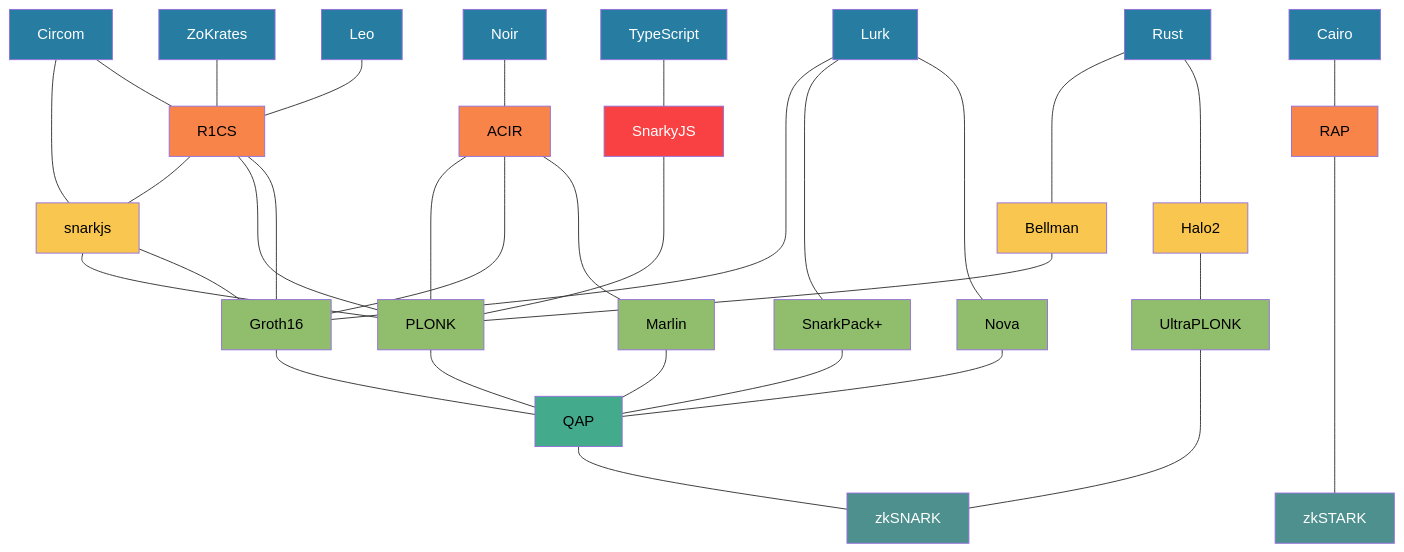
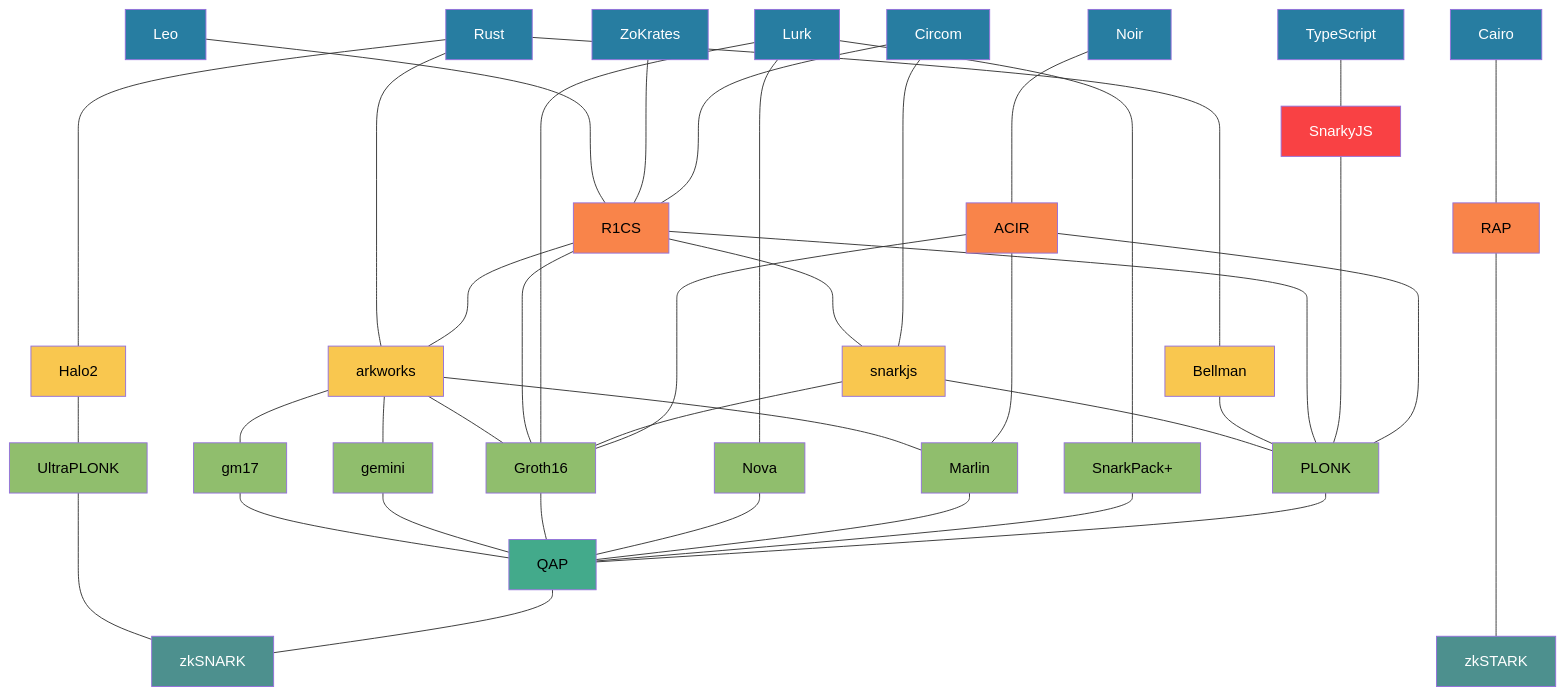
The first of 2 diagrams in README.md (alxkzmn/zk-atlas), drawn with Mermaid before and after one commit.

Commit message:
Add arkworks

````diff
--- a/README.md
+++ b/README.md
@@ -5,36 +5,44 @@
 ```mermaid
 graph TD
-    TypeScript --- SnarkyJS
-    Rust ---- Bellman
-    Rust --- Halo2
-    Circom ---- snarkjs 
-    Circom --- R1CS
+    Rust ------ Bellman
+    Rust ------ arkworks
+    Rust ----- Halo2
+    Halo2 --- UltraPLONK
     snarkjs --- PLONK
-    snarkjs --- Groth16
-    R1CS --- snarkjs
+    arkworks --- Groth16
+    Bellman --- PLONK
+    R1CS ---- snarkjs
     R1CS --- PLONK
     R1CS --- Groth16
-    ZoKrates --- R1CS
-    Leo --- R1CS
-    Bellman --- PLONK
-    Halo2 --- UltraPLONK
-    Noir --- ACIR
+    Lurk ------- Groth16
+    TypeScript --- SnarkyJS
+    snarkjs --- Groth16
+    R1CS ---- arkworks
+    SnarkyJS ------ PLONK
+    Circom ----- snarkjs 
+    arkworks --- Marlin
+    arkworks --- gm17
+    arkworks --- gemini
+    gm17 --- QAP
+    gemini --- QAP
+    Groth16 --- QAP
+    Nova --- QAP
+    Noir ---- ACIR
     Marlin --- QAP
-    Lurk ----- Groth16
-    Lurk ----- SnarkPack[SnarkPack+]
-    Lurk ----- Nova
-    Groth16 --- QAP
+    Lurk ------- SnarkPack[SnarkPack+]
+    Lurk ------- Nova
+    Leo ---- R1CS
+    ZoKrates ---- R1CS
+    Circom ---- R1CS
+    SnarkPack --- QAP
     PLONK --- QAP
-    SnarkPack --- QAP
-    Nova --- QAP
-    ACIR ---- PLONK
-    ACIR ---- Groth16
-    ACIR ---- Marlin
+    UltraPLONK ---- zkSNARK
+    ACIR ----- PLONK
+    ACIR ----- Groth16
+    ACIR ----- Marlin
     QAP --- zkSNARK
-    UltraPLONK ---- zkSNARK
-    SnarkyJS ---- PLONK
-    Cairo --- RAP
-    RAP ------ zkSTARK
+    Cairo ---- RAP
+    RAP ------- zkSTARK
     
     classDef framework fill:#f94144,color:#fff
     classDef lang fill:#277da1,color:#fff
@@ -50,8 +58,8 @@
     class SnarkyJS framework
     class Circom,ZoKrates,Leo,Noir,Cairo,Lurk,Rust,TypeScript lang
     class R1CS,ACIR,RAP intermediate
-    class snarkjs,Bellman,Halo2 lib
-    class Groth16,PLONK,Marlin,SnarkPack,Nova,UltraPLONK provingSystem
+    class snarkjs,Bellman,Halo2,arkworks lib
+    class Groth16,PLONK,Marlin,SnarkPack,Nova,UltraPLONK,gm17,gemini provingSystem
     class QAP algForm
     class zkSNARK,zkSTARK tech
     
@@ -75,4 +83,7 @@
     click Marlin href "https://eprint.iacr.org/2019/1047.pdf"
     click zkSTARK href "https://eprint.iacr.org/2018/046.pdf"
     click Halo2 href "https://zcash.github.io/halo2/index.html"
+    click arkworks href "https://github.com/arkworks-rs/"
+    click gm17 href "https://github.com/arkworks-rs/gm17"
+    click gemini href "https://github.com/arkworks-rs/gemini"
 ```
````
